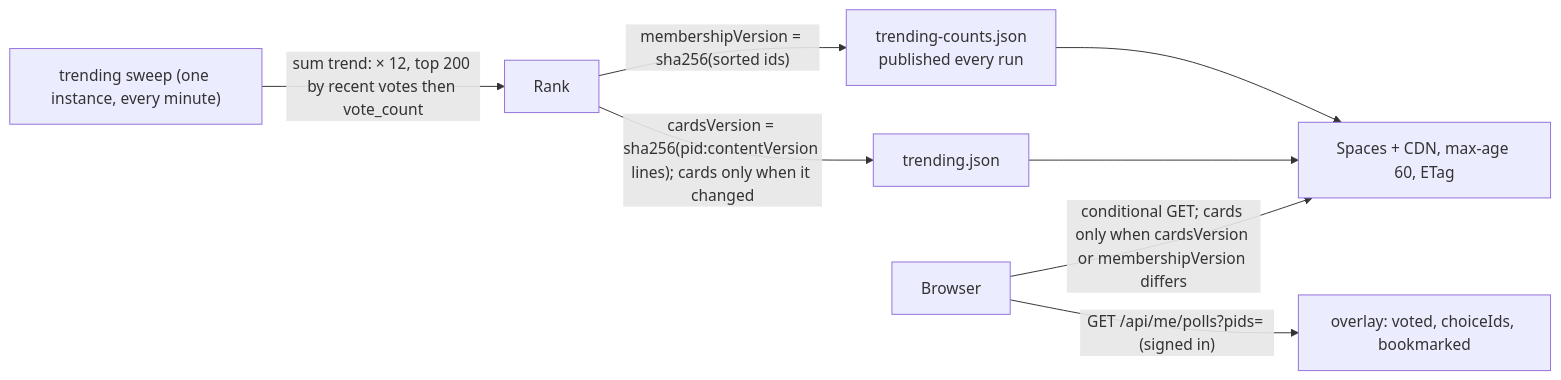
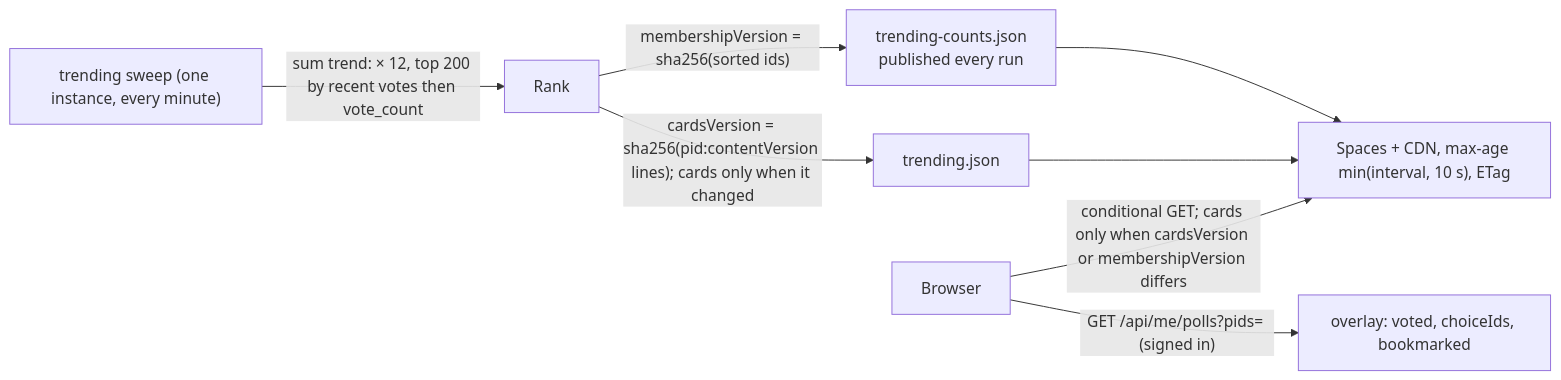
One commit to roadraceresults/crowdpoll changed the eighth of 16 diagrams in ARCHITECTURE.md. Above: the diagram before and after it, drawn with Mermaid. The commit also changed other lines of this file and 80 other files, not shown here.

````diff
--- a/ARCHITECTURE.md
+++ b/ARCHITECTURE.md
@@ -284,10 +429,10 @@
 ```mermaid
 flowchart LR
   Sweep["trending sweep (one instance, every minute)"]
   Sweep -- "sum trend:<bucket> × 12, top 200 by recent votes then vote_count" --> Rank
   Rank -- "membershipVersion = sha256(sorted ids)" --> Counts["trending-counts.json<br/>published every run"]
   Rank -- "cardsVersion = sha256(pid:contentVersion lines); cards only when it changed" --> Cards["trending.json"]
-  Counts & Cards --> CDN["Spaces + CDN, max-age 60, ETag"]
+  Counts & Cards --> CDN["Spaces + CDN, max-age min(interval, 10 s), ETag"]
   Browser -- "conditional GET; cards only when cardsVersion or membershipVersion differs" --> CDN
   Browser -- "GET /api/me/polls?pids= (signed in)" --> Overlay["overlay: voted, choiceIds, bookmarked"]
 ```
````
